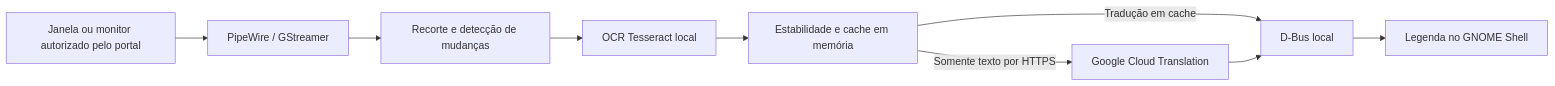
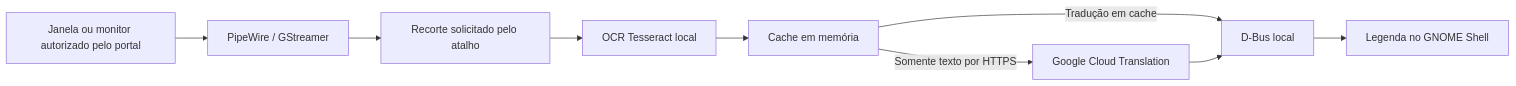
Before and after one commit to leozanchett/pixellingo: the diagram in README.md, drawn with Mermaid. The commit also changed other lines of this file and 12 other files, not shown here.

````diff
--- a/README.md
+++ b/README.md
@@ -41,11 +41,11 @@
 ```mermaid
 flowchart LR
     A[Janela ou monitor autorizado pelo portal] --> B[PipeWire / GStreamer]
-    B --> C[Recorte e detecção de mudanças]
+    B --> C[Recorte solicitado pelo atalho]
     C --> D[OCR Tesseract local]
-    D --> E[Estabilidade e cache em memória]
+    D --> E[Cache em memória]
     E -->|Somente texto por HTTPS| F[Google Cloud Translation]
     E -->|Tradução em cache| G[D-Bus local]
     F --> G
     G --> H[Legenda no GNOME Shell]
 ```
````
